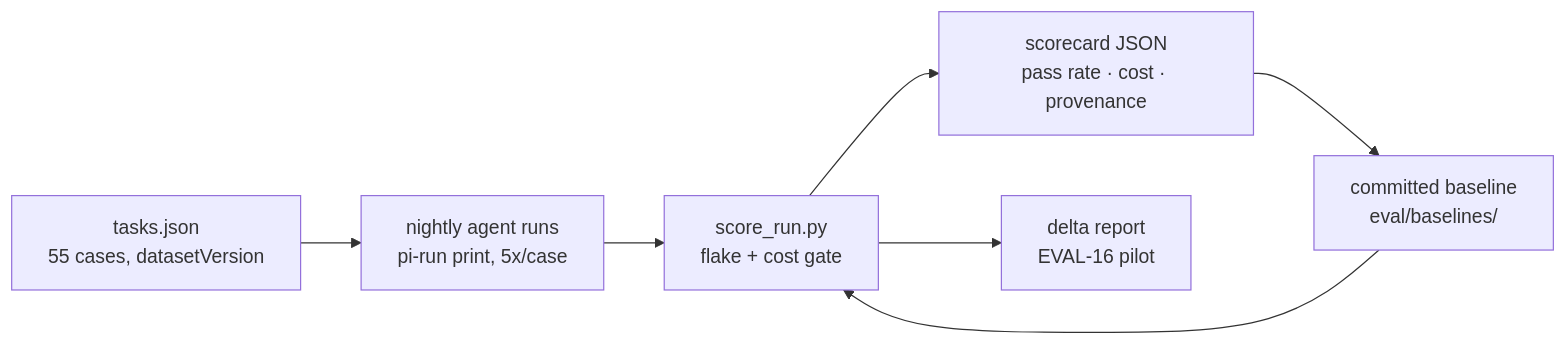
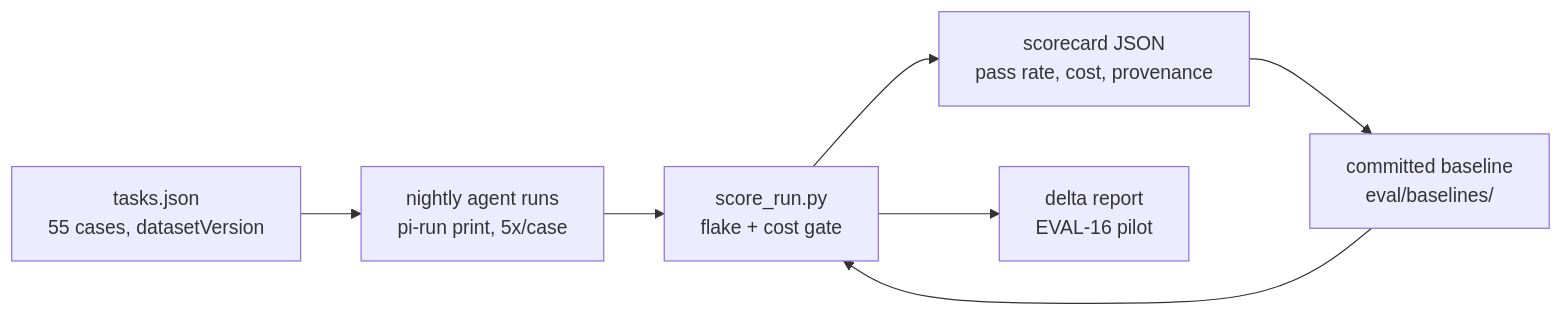
One commit to forrestbthomas/pi-harness changed the diagram in README.md. Above: the diagram before and after it, drawn with Mermaid.

Commit message:
docs(readme): fix mermaid rendering — quoted labels + graph LR (#146)
GitHub's Mermaid renderer choked on the unquoted labels with special chars
(·, unescaped text) — 'Cannot read properties of undefined'. The quoted-label
graph form is the broadly-compatible syntax.

````diff
--- a/README.md
+++ b/README.md
@@ -44,9 +44,9 @@
 ```mermaid
-flowchart LR
-    A[tasks.json<br/>55 cases, datasetVersion] --> B[nightly agent runs<br/>pi-run print, 5x/case]
-    B --> C[score_run.py<br/>flake + cost gate]
-    C --> D[scorecard JSON<br/>pass rate · cost · provenance]
-    D --> E[committed baseline<br/>eval/baselines/]
+graph LR
+    A["tasks.json<br/>55 cases, datasetVersion"] --> B["nightly agent runs<br/>pi-run print, 5x/case"]
+    B --> C["score_run.py<br/>flake + cost gate"]
+    C --> D["scorecard JSON<br/>pass rate, cost, provenance"]
+    D --> E["committed baseline<br/>eval/baselines/"]
     E --> C
-    C --> F[delta report<br/>EVAL-16 pilot]
+    C --> F["delta report<br/>EVAL-16 pilot"]
 ```
````
